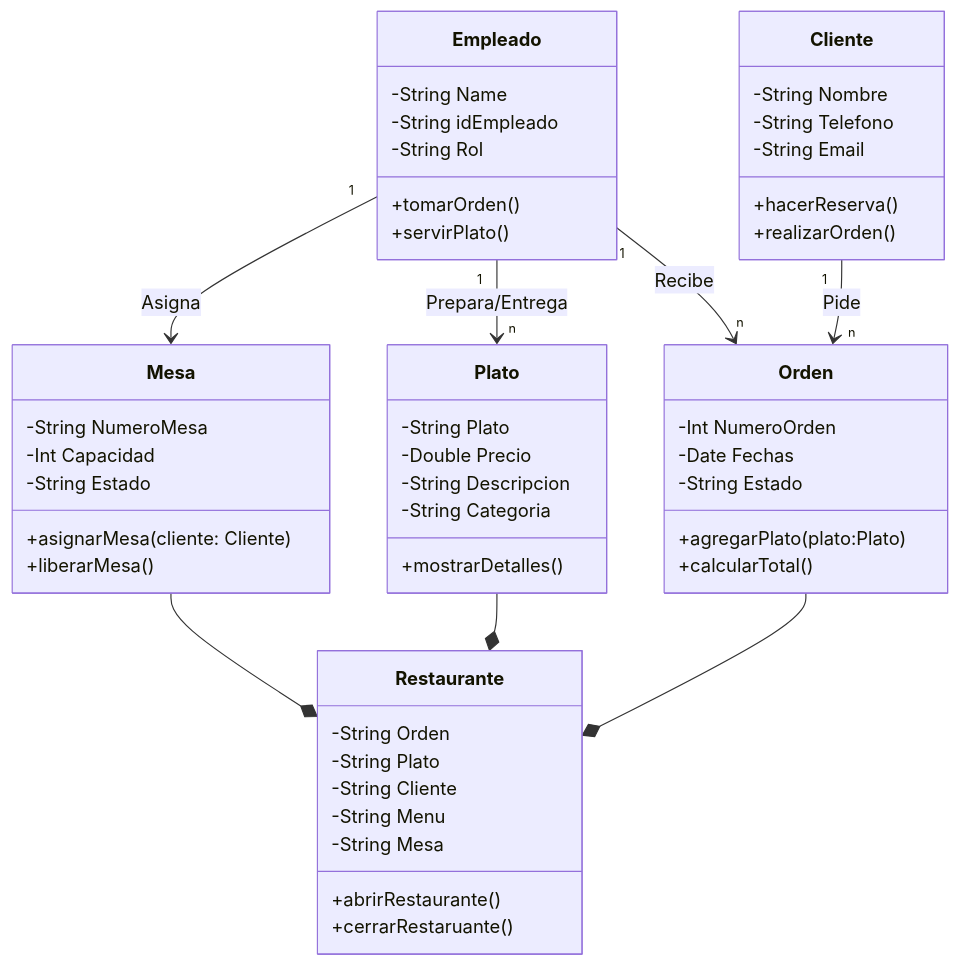
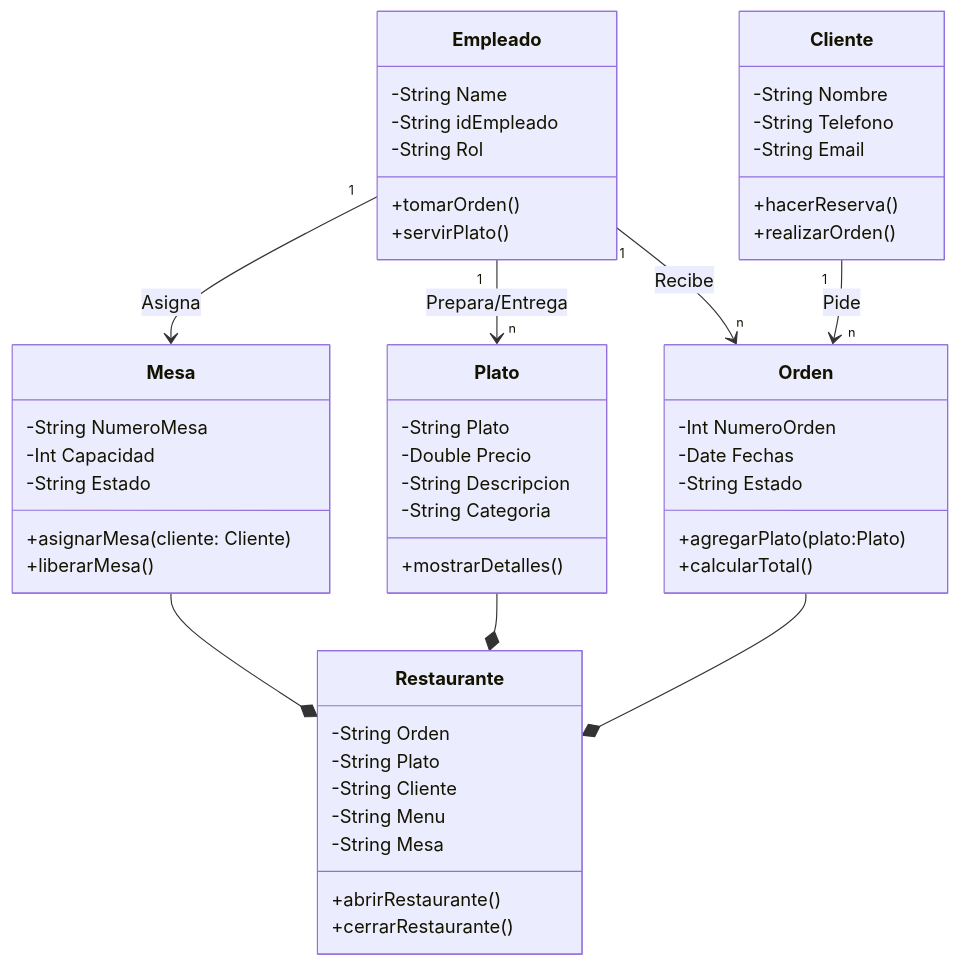
The diagram in README.md (Nigonzalezf/Poo-Reto-2), drawn with Mermaid before and after one commit.

````diff
--- a/README.md
+++ b/README.md
@@ -4,64 +4,64 @@
 ```mermaid
 classDiagram
     Empleado "1" --> "n" Orden: Recibe
     Cliente "1" --> "n" Orden: Pide
     Empleado "1" --> "n" Plato: Prepara/Entrega
     Empleado "1" --> Mesa: Asigna
     Mesa --* Restaurante
     Plato --* Restaurante
     Orden --* Restaurante
     class Restaurante {
         -String Orden
         -String Plato
         -String Cliente
         -String Menu
         -String Mesa
 
         +abrirRestaurante()
-        +cerrarRestaruante()
+        +cerrarRestaurante()
     }
     class Orden {
         -Int NumeroOrden
         -Date Fechas
         -String Estado
 
         +agregarPlato(plato:Plato)
         +calcularTotal()
     }
 
     class Plato {
         -String Plato
         -Double Precio
         -String Descripcion
         -String Categoria 
 
         +mostrarDetalles()
     }
 
     class Cliente {
         -String Nombre
         -String Telefono
         -String Email
 
         +hacerReserva()
         +realizarOrden()
     }
 
     class Empleado {
         -String Name
         -String idEmpleado
         -String Rol 
 
         +tomarOrden()
         +servirPlato()
     }
 
     class Mesa {
         -String NumeroMesa
         -Int Capacidad
         -String Estado
 
         +asignarMesa(cliente: Cliente)
         +liberarMesa() 
     }
 ```
````
